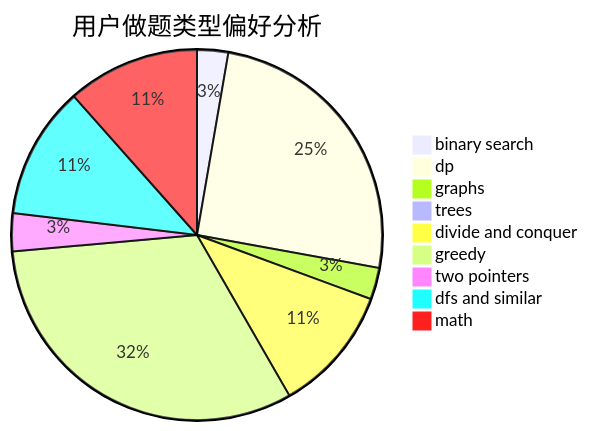
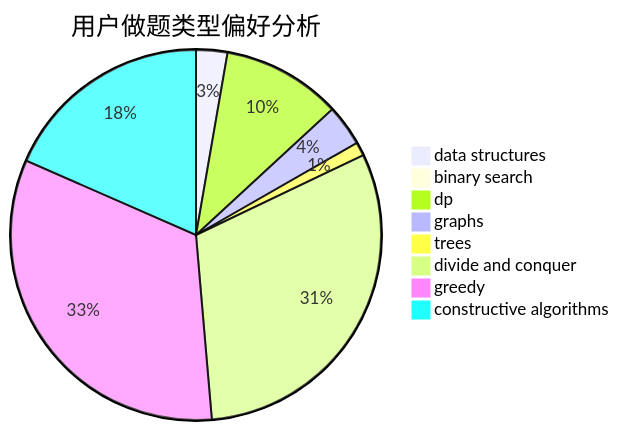
Before and after one commit to sherpahu/cfrs.github.io: the second of 3 diagrams in docs/user/u649.md, drawn with Mermaid. The commit also changed other lines of this file and 2775 other files, not shown here.

````diff
--- a/docs/user/u649.md
+++ b/docs/user/u649.md
@@ -23,12 +23,11 @@
 ```mermaid
 pie title 用户做题类型偏好分析
-    "binary search" :  51
-    "dp" :  472
-    "graphs" :  52
-    "trees" :  16
-    "divide and conquer" :  208
-    "greedy" :  599
-    "two pointers" :  62
-    "dfs and similar" :  217
-    "math" :  217
+    "data structures" :  16
+    "binary search" :  4
+    "dp" :  61
+    "graphs" :  21
+    "trees" :  7
+    "divide and conquer" :  180
+    "greedy" :  193
+    "constructive algorithms" :  108
 ```
````
